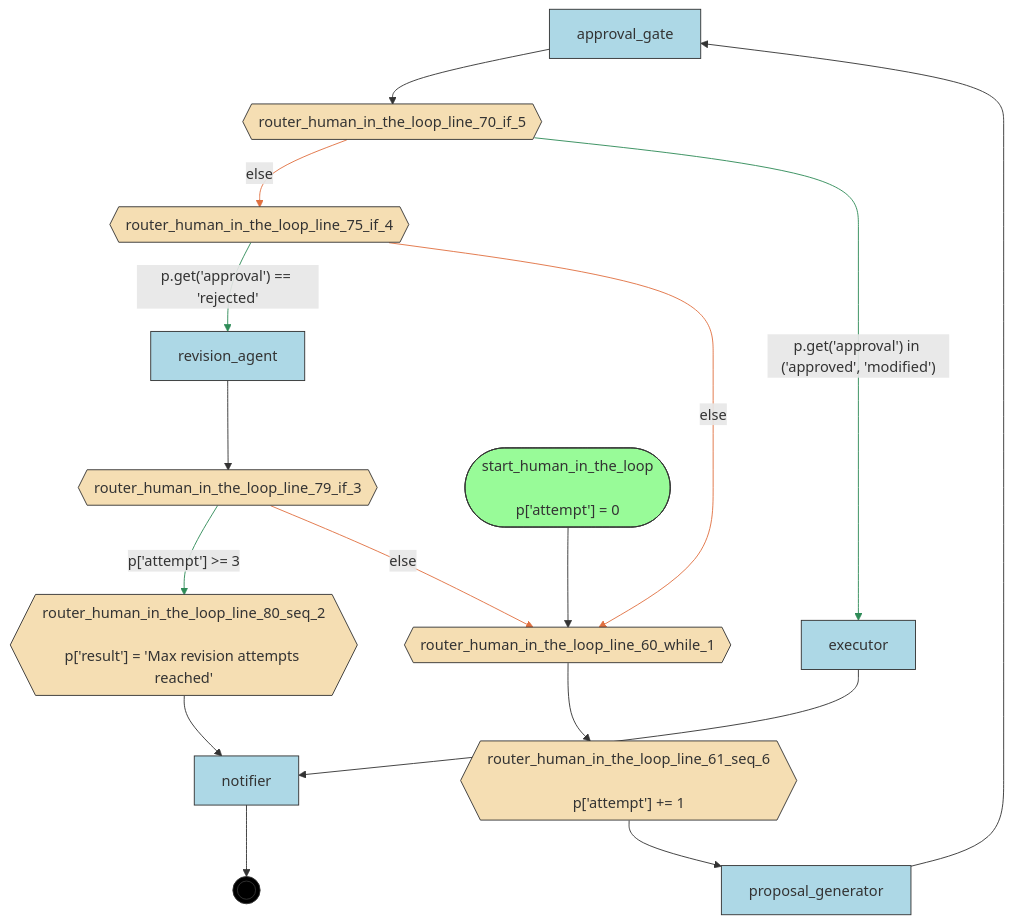
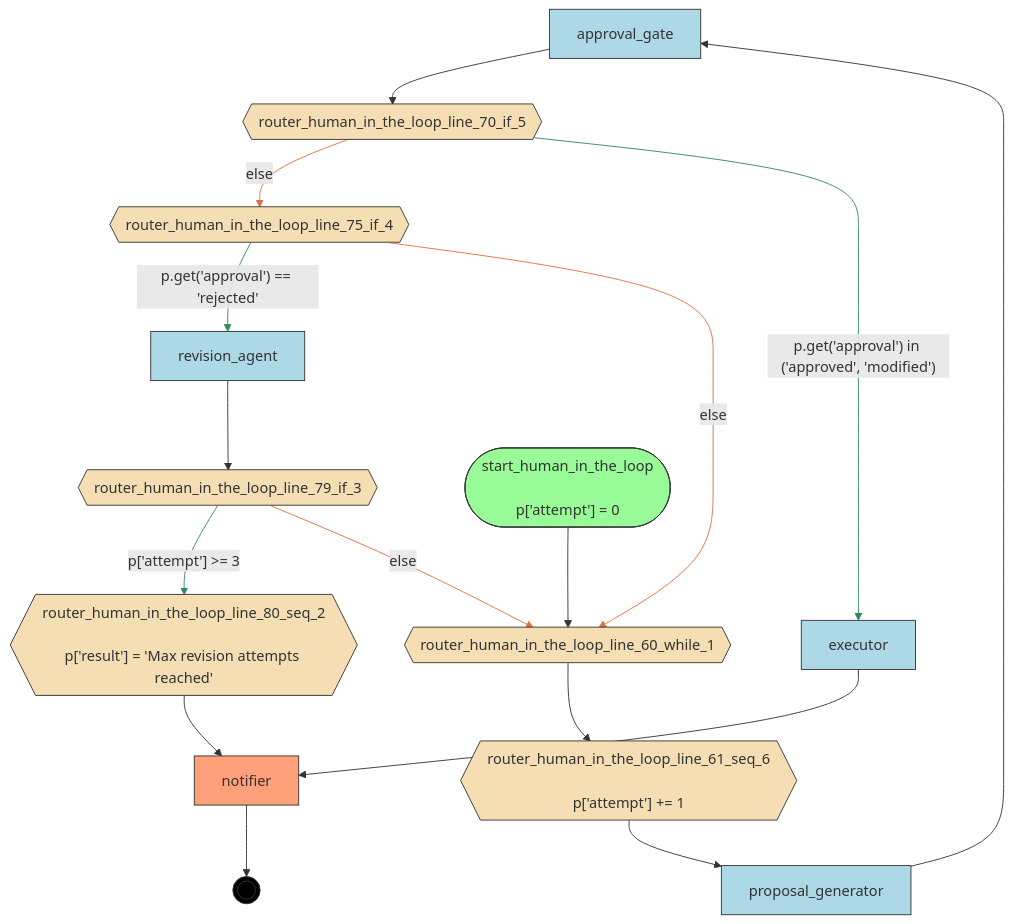
One commit to deliveryhero/asya changed the diagram in examples/flows/agentic/compiled/human_in_the_loop/flow.mmd. Above: the diagram before and after it, drawn with Mermaid. The commit also changed 364 other files, not shown here.

First line of the commit message:
feat(compiler): Phase 2 — 5-step pipeline with manifest generation and FlowInfo (#339)

```diff
--- a/examples/flows/agentic/compiled/human_in_the_loop/flow.mmd
+++ b/examples/flows/agentic/compiled/human_in_the_loop/flow.mmd
@@ -1,43 +1,45 @@
 flowchart TD
     %% Flow: human_in_the_loop
 
     approval_gate[approval_gate]
     executor[executor]
     notifier[notifier]
     proposal_generator[proposal_generator]
     revision_agent[revision_agent]
     router_human_in_the_loop_line_60_while_1{{router_human_in_the_loop_line_60_while_1}}
     router_human_in_the_loop_line_61_seq_6{{"router_human_in_the_loop_line_61_seq_6<br/><br/>p['attempt'] += 1"}}
     router_human_in_the_loop_line_70_if_5{{router_human_in_the_loop_line_70_if_5}}
     router_human_in_the_loop_line_75_if_4{{router_human_in_the_loop_line_75_if_4}}
     router_human_in_the_loop_line_79_if_3{{router_human_in_the_loop_line_79_if_3}}
     router_human_in_the_loop_line_80_seq_2{{"router_human_in_the_loop_line_80_seq_2<br/><br/>p['result'] = 'Max revision attempts reached'"}}
     start_human_in_the_loop(["start_human_in_the_loop<br/><br/>p['attempt'] = 0"])
     __end__((( )))
 
     start_human_in_the_loop --> router_human_in_the_loop_line_60_while_1
     router_human_in_the_loop_line_80_seq_2 --> notifier
     router_human_in_the_loop_line_79_if_3 -->|"p['attempt'] >= 3"| router_human_in_the_loop_line_80_seq_2
     router_human_in_the_loop_line_75_if_4 -->|"p.get('approval') == 'rejected'"| revision_agent
     router_human_in_the_loop_line_70_if_5 -->|"else"| router_human_in_the_loop_line_75_if_4
     router_human_in_the_loop_line_70_if_5 -->|"p.get('approval') in ('approved', 'modified')"| executor
     executor --> notifier
     router_human_in_the_loop_line_61_seq_6 --> proposal_generator
     proposal_generator --> approval_gate
     approval_gate --> router_human_in_the_loop_line_70_if_5
     router_human_in_the_loop_line_60_while_1 --> router_human_in_the_loop_line_61_seq_6
     revision_agent --> router_human_in_the_loop_line_79_if_3
     router_human_in_the_loop_line_79_if_3 -->|"else"| router_human_in_the_loop_line_60_while_1
     router_human_in_the_loop_line_75_if_4 -->|"else"| router_human_in_the_loop_line_60_while_1
     notifier --> __end__
 
-    classDef entrypoint fill:#98FB98,stroke:#333
+    classDef start fill:#98FB98,stroke:#333
+    classDef endnode fill:#FFA07A,stroke:#333
     classDef router fill:#F5DEB3,stroke:#333
     classDef handler fill:#ADD8E6,stroke:#333
     classDef endpoint fill:#000,stroke:#333,color:#fff
-    class start_human_in_the_loop entrypoint
+    class start_human_in_the_loop start
+    class notifier endnode
     class router_human_in_the_loop_line_60_while_1,router_human_in_the_loop_line_61_seq_6,router_human_in_the_loop_line_70_if_5,router_human_in_the_loop_line_75_if_4,router_human_in_the_loop_line_79_if_3,router_human_in_the_loop_line_80_seq_2 router
-    class approval_gate,executor,notifier,proposal_generator,revision_agent handler
+    class approval_gate,executor,proposal_generator,revision_agent handler
     class __end__ endpoint
     linkStyle 2,3,5 stroke:#2E8B57
     linkStyle 4,12,13 stroke:#E07040
```
